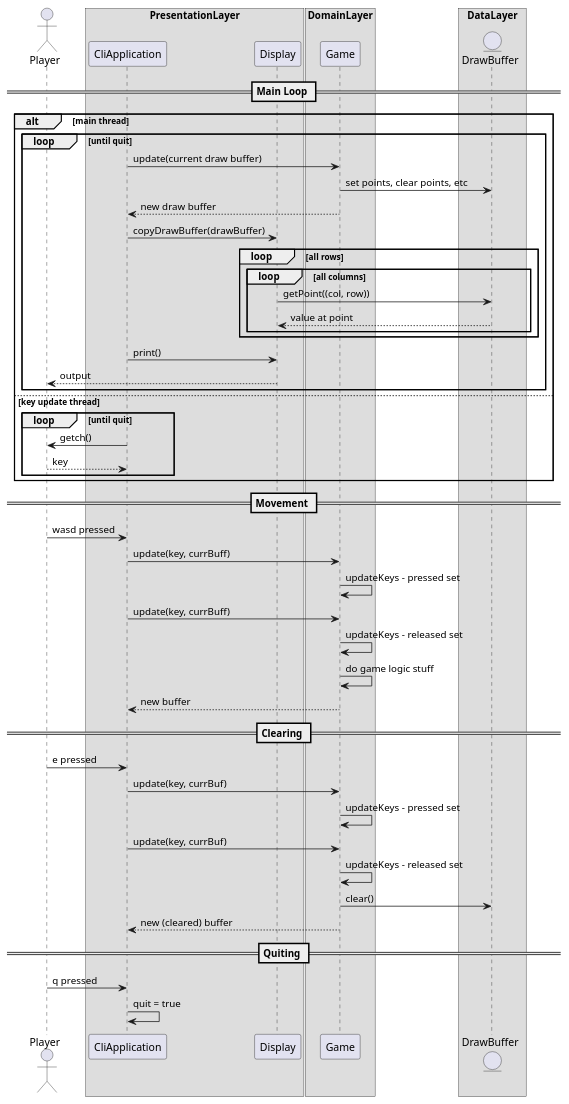
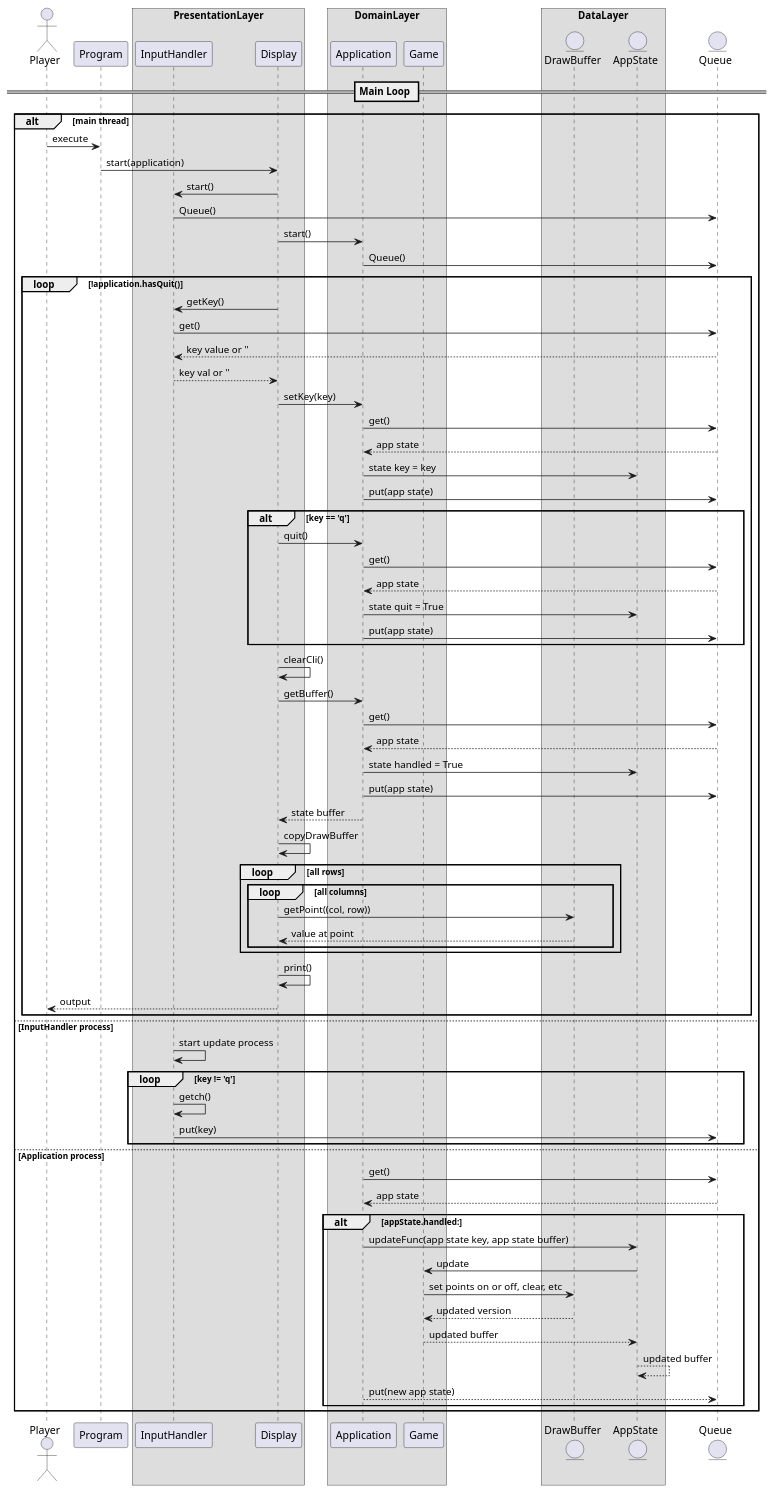
One commit to blueOkiris/EmbeddedLinuxClass changed the second of 2 diagrams in hw01/docs/etchsketch.plantuml. Above: the diagram before and after it, drawn with PlantUML. The commit also changed other lines of this file and 11 other files, not shown here.

Commit message:
Moved application into domain layer and further separated layers. Also switched to process instead of threading as it works better.

```diff
--- a/hw01/docs/etchsketch.plantuml
+++ b/hw01/docs/etchsketch.plantuml
@@ -88,87 +118,104 @@
 @startuml etch-a-sketch-seq
 
 actor Player
 
+participant Program
+
 box PresentationLayer
-
-participant CliApplication
+participant InputHandler
 participant Display
-
-endbox
+end box
 
 box DomainLayer
-
+participant Application
 participant Game
-
 end box
 
 box DataLayer
+entity DrawBuffer
+entity AppState
+end box
 
-entity DrawBuffer
-
-end box
+entity Queue
 
 == Main Loop ==
 
 alt main thread
 
-loop until quit
+Player -> Program : execute
+Program -> Display : start(application)
+Display -> InputHandler : start()
+InputHandler -> Queue : Queue()
+Display -> Application : start()
+Application -> Queue : Queue()
 
-CliApplication -> Game : update(current draw buffer)
-Game -> DrawBuffer : set points, clear points, etc
-Game --> CliApplication : new draw buffer
-CliApplication -> Display : copyDrawBuffer(drawBuffer)
+loop !application.hasQuit()
+
+Display -> InputHandler : getKey()
+InputHandler -> Queue : get()
+Queue --> InputHandler : key value or ''
+InputHandler --> Display : key val or ''
+Display -> Application : setKey(key)
+Application -> Queue : get()
+Queue --> Application : app state
+Application -> AppState : state key = key
+Application -> Queue : put(app state)
+
+alt key == 'q'
+Display -> Application : quit()
+Application -> Queue : get()
+Queue --> Application : app state
+Application -> AppState : state quit = True
+Application -> Queue : put(app state)
+end
+
+Display -> Display : clearCli()
+Display -> Application : getBuffer()
+Application -> Queue : get()
+Queue --> Application : app state
+Application -> AppState : state handled = True
+Application -> Queue : put(app state)
+Application --> Display : state buffer
+Display -> Display : copyDrawBuffer
 
 loop all rows
-
 loop all columns
-
 Display -> DrawBuffer : getPoint((col, row))
 DrawBuffer --> Display : value at point
+end
+end
 
+Display -> Display : print()
+Display --> Player : output
+
+end
+
+else InputHandler process
+
+InputHandler -> InputHandler : start update process
+
+loop key != 'q'
+
+InputHandler -> InputHandler : getch()
+InputHandler -> Queue : put(key)
+
+end
+
+else Application process
+
+Application -> Queue : get()
+Queue --> Application : app state
+
+alt appState.handled:
+Application -> AppState : updateFunc(app state key, app state buffer)
+AppState -> Game : update
+Game -> DrawBuffer : set points on or off, clear, etc
+DrawBuffer --> Game : updated version
+Game --> AppState : updated buffer
+AppState --> AppState : updated buffer
+Application --> Queue : put(new app state)
 end
 
 end
 
-CliApplication -> Display : print()
-Display --> Player : output
-
-end
-
-else key update thread
-
-loop until quit
-
-CliApplication -> Player : getch()
-Player --> CliApplication : key
-
-end
-
-end
-
-== Movement ==
-
-Player -> CliApplication : wasd pressed
-CliApplication -> Game : update(key, currBuff)
-Game -> Game : updateKeys - pressed set
-CliApplication -> Game : update(key, currBuff)
-Game -> Game : updateKeys - released set
-Game -> Game : do game logic stuff
-Game --> CliApplication : new buffer
-
-== Clearing ==
-
-Player -> CliApplication : e pressed
-CliApplication -> Game : update(key, currBuf)
-Game -> Game : updateKeys - pressed set
-CliApplication -> Game : update(key, currBuf)
-Game -> Game : updateKeys - released set
-Game -> DrawBuffer : clear()
-Game --> CliApplication : new (cleared) buffer
-
-== Quiting ==
-
-Player -> CliApplication : q pressed
-CliApplication -> CliApplication : quit = true
-
 @enduml
```
